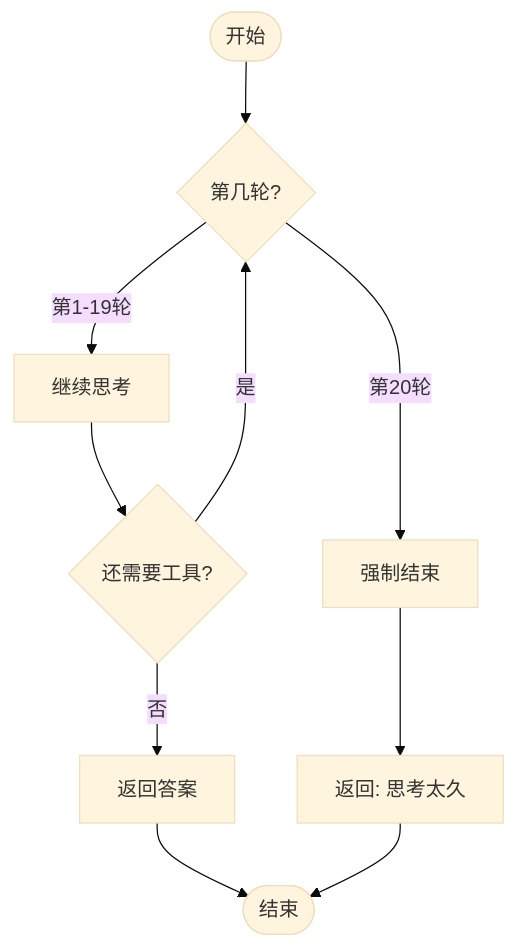
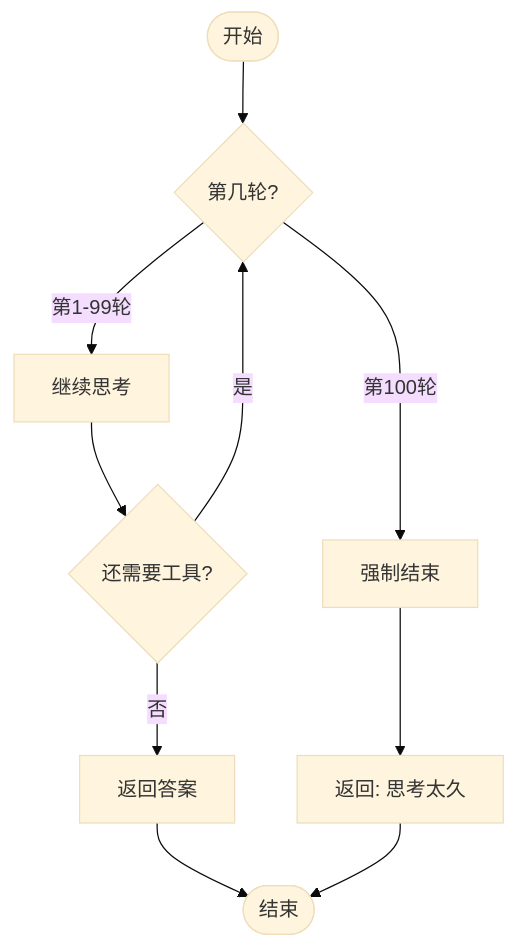
One commit to yeheng/nanobot-rs changed diagram 12 of 16 in docs/kernel.md. Above: the diagram before and after it, drawn with Mermaid (base theme). The commit also changed other lines of this file and 41 other files, not shown here.

````diff
--- a/docs/kernel.md
+++ b/docs/kernel.md
@@ -314,12 +314,12 @@
 ```mermaid
 flowchart TB
     Start([开始]) --> Count{第几轮?}
-    Count -->|第1-19轮| Think[继续思考]
-    Count -->|第20轮| Stop[强制结束]
+    Count -->|第1-99轮| Think[继续思考]
+    Count -->|第100轮| Stop[强制结束]
     Think --> NeedMore{还需要工具?}
     NeedMore -->|是| Count
     NeedMore -->|否| Answer[返回答案]
     Stop --> Timeout[返回: 思考太久]
     Answer --> End([结束])
     Timeout --> End
 ```
````
